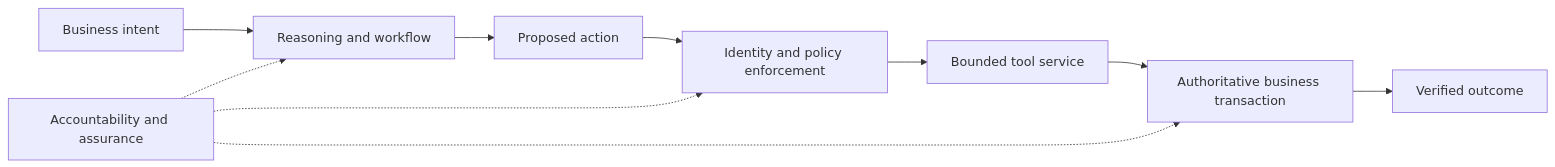
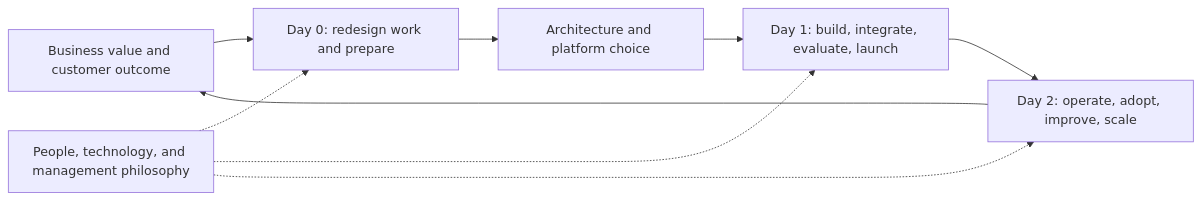
One commit to shibinantony/enterprise-ai-architecture-guide changed the diagram in README.md. Above: the diagram before and after it, drawn with Mermaid. The commit also changed other lines of this file and 32 other files, not shown here.

Commit message:
Reframe guide around enterprise AI value, GCP architecture, cloud economics, and Day 0-2 adoption

````diff
--- a/README.md
+++ b/README.md
@@ -13,12 +9,11 @@
 ```mermaid
 flowchart LR
-    I[Business intent] --> R[Reasoning and workflow]
-    R --> P[Proposed action]
-    P --> E[Identity and policy enforcement]
-    E --> T[Bounded tool service]
-    T --> S[Authoritative business transaction]
-    S --> O[Verified outcome]
-    A[Accountability and assurance] -.-> R
-    A -.-> E
-    A -.-> S
+    V[Business value and customer outcome] --> D0[Day 0: redesign work and prepare]
+    D0 --> A[Architecture and platform choice]
+    A --> D1[Day 1: build, integrate, evaluate, launch]
+    D1 --> D2[Day 2: operate, adopt, improve, scale]
+    D2 --> V
+    P[People, technology, and management philosophy] -.-> D0
+    P -.-> D1
+    P -.-> D2
 ```
````
